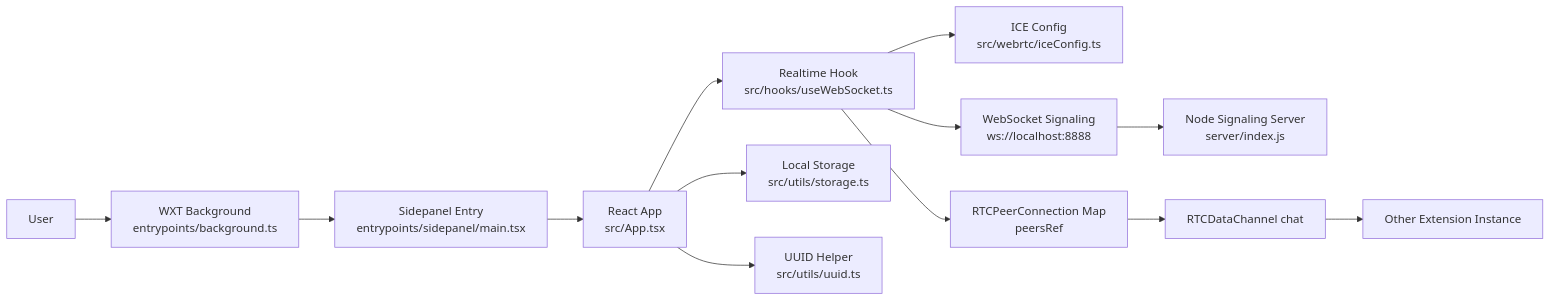
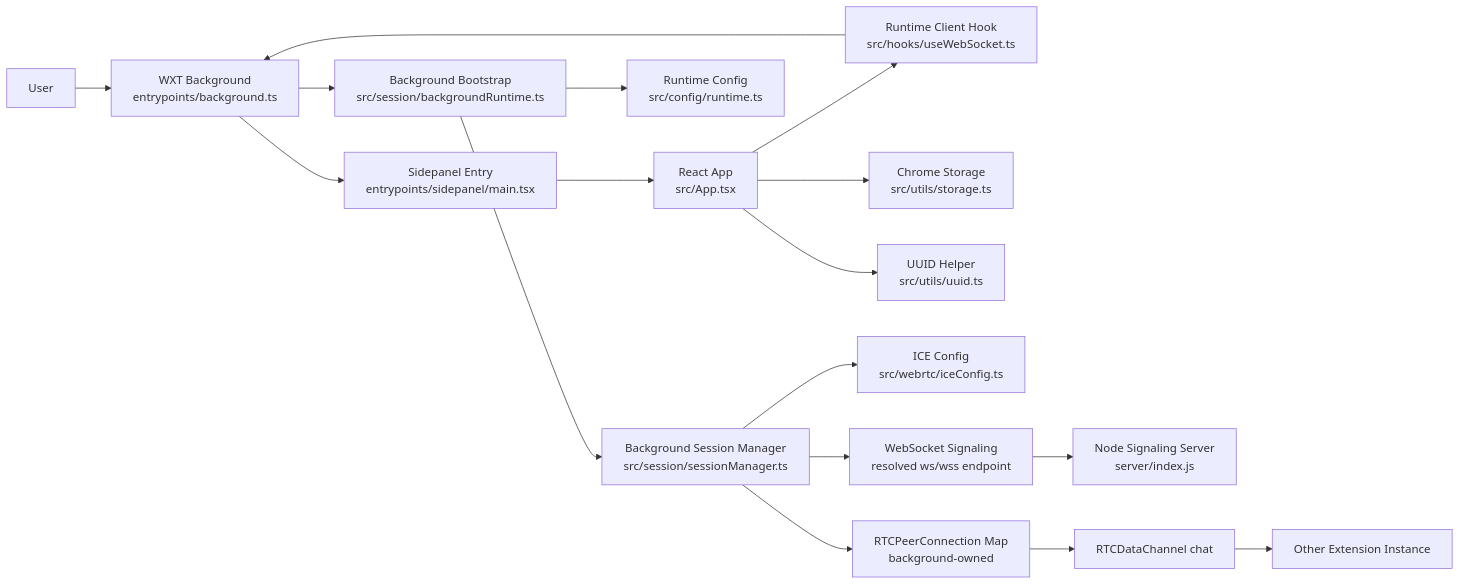
Before and after one commit to crccc/webrtc-chat: the first of 8 diagrams in docs/architecture.md, drawn with Mermaid. The commit also changed other lines of this file and 28 other files, not shown here.

Commit message:
Implement background-owned extension session lifecycle

````diff
--- a/docs/architecture.md
+++ b/docs/architecture.md
@@ -8,29 +8,36 @@
 ```mermaid
 flowchart LR
   User[User]
   BG[WXT Background<br/>entrypoints/background.ts]
   SP[Sidepanel Entry<br/>entrypoints/sidepanel/main.tsx]
   App[React App<br/>src/App.tsx]
-  Hook[Realtime Hook<br/>src/hooks/useWebSocket.ts]
-  Store[Local Storage<br/>src/utils/storage.ts]
+  Hook[Runtime Client Hook<br/>src/hooks/useWebSocket.ts]
+  Store[Chrome Storage<br/>src/utils/storage.ts]
+  Runtime[Runtime Config<br/>src/config/runtime.ts]
+  Bootstrap[Background Bootstrap<br/>src/session/backgroundRuntime.ts]
+  Session[Background Session Manager<br/>src/session/sessionManager.ts]
   UUID[UUID Helper<br/>src/utils/uuid.ts]
   ICE[ICE Config<br/>src/webrtc/iceConfig.ts]
-  WS[WebSocket Signaling<br/>ws://localhost:8888]
+  WS[WebSocket Signaling<br/>resolved ws/wss endpoint]
   Server[Node Signaling Server<br/>server/index.js]
-  RTC[RTCPeerConnection Map<br/>peersRef]
+  RTC[RTCPeerConnection Map<br/>background-owned]
   DC[RTCDataChannel chat]
   Peer[Other Extension Instance]
 
   User --> BG
   BG --> SP
   SP --> App
   App --> Store
   App --> UUID
   App --> Hook
-  Hook --> ICE
-  Hook --> WS
+  Hook --> BG
+  BG --> Bootstrap
+  Bootstrap --> Runtime
+  Bootstrap --> Session
+  Session --> ICE
+  Session --> WS
   WS --> Server
-  Hook --> RTC
+  Session --> RTC
   RTC --> DC
   DC --> Peer
 ```
````
